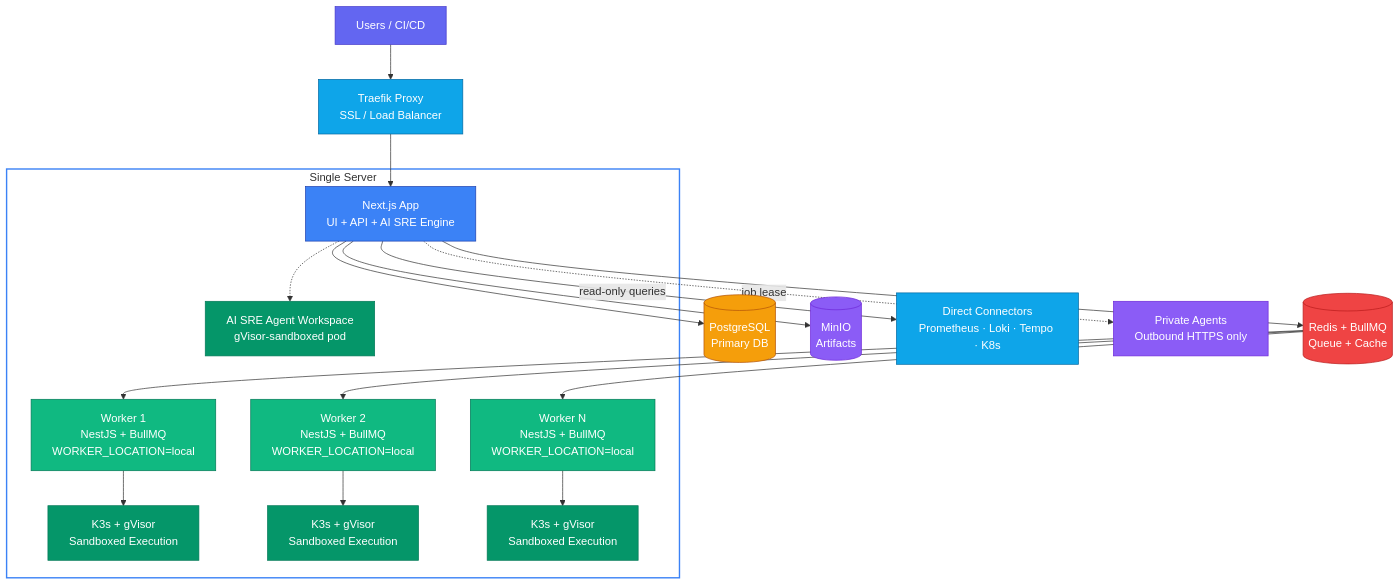
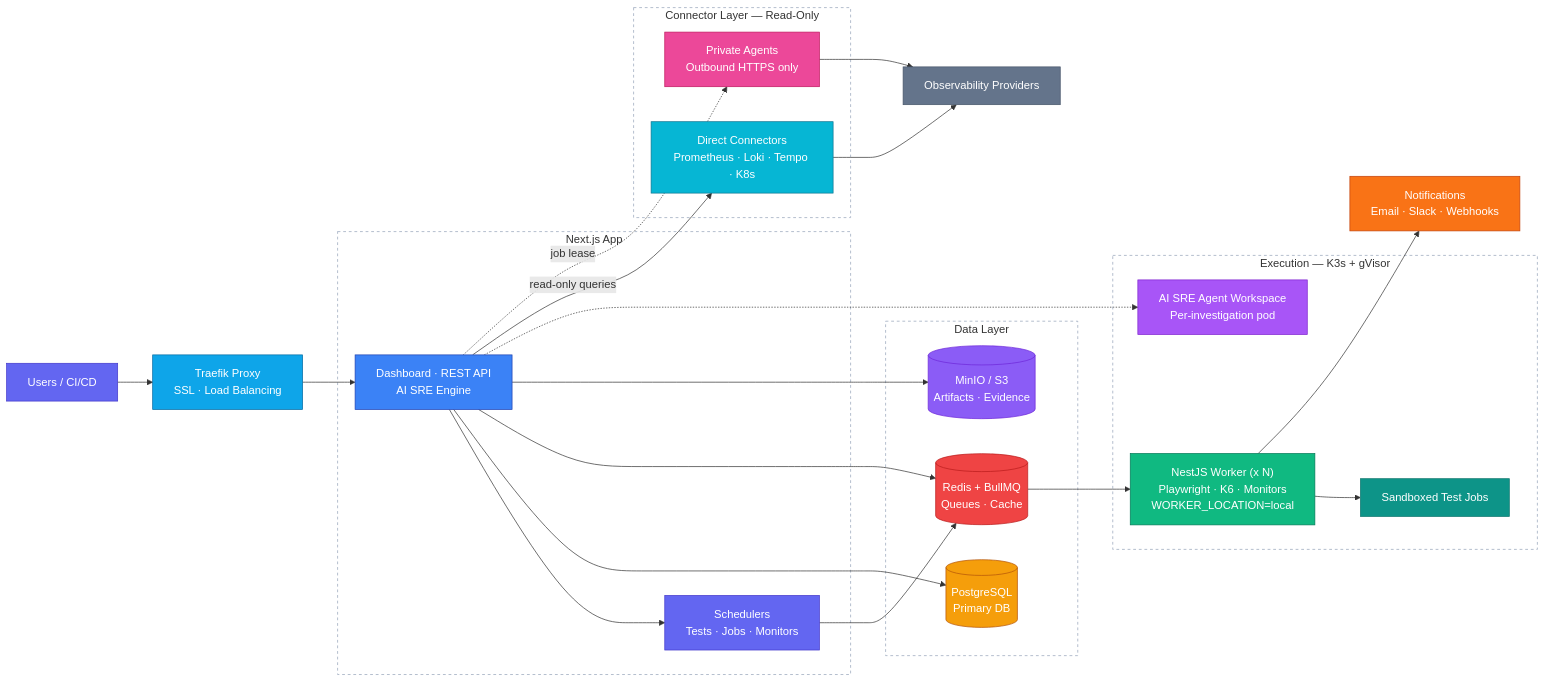
The diagram in docs/content/docs/app/deployment/self-hosted.mdx (supercheck-io/supercheck), drawn with Mermaid before and after one commit. The commit also changed 14 other files, not shown here.

First line of the commit message:
docs: reorganize architecture diagram and add color to sequence diagrams

````diff
--- a/docs/content/docs/app/deployment/self-hosted.mdx
+++ b/docs/content/docs/app/deployment/self-hosted.mdx
@@ -11,36 +11,63 @@
 ```mermaid
-flowchart TB
-    Users[Users / CI/CD] --> T[Traefik Proxy<br/>SSL / Load Balancer]
-    T --> App[Next.js App<br/>UI + API + AI SRE Engine]
-    App --> DB[(PostgreSQL<br/>Primary DB)] & Redis[(Redis + BullMQ<br/>Queue + Cache)] & S3[(MinIO<br/>Artifacts)]
-    App -->|read-only queries| Direct[Direct Connectors<br/>Prometheus · Loki · Tempo · K8s]
-    App -.->|job lease| Private[Private Agents<br/>Outbound HTTPS only]
+flowchart LR
+    Users["Users / CI/CD"] --> Traefik["Traefik Proxy<br/>SSL · Load Balancing"]
 
-    Redis --> W1
-    Redis --> W2
-    Redis --> WN
-
-    subgraph SERVER["Single Server"]
-        W1[Worker 1<br/>NestJS + BullMQ<br/>WORKER_LOCATION=local] --> K3S_1[K3s + gVisor<br/>Sandboxed Execution]
-        W2[Worker 2<br/>NestJS + BullMQ<br/>WORKER_LOCATION=local] --> K3S_2[K3s + gVisor<br/>Sandboxed Execution]
-        WN[Worker N<br/>NestJS + BullMQ<br/>WORKER_LOCATION=local] --> K3S_N[K3s + gVisor<br/>Sandboxed Execution]
-        App -.-> SRE_WS[AI SRE Agent Workspace<br/>gVisor-sandboxed pod]
+    subgraph APP["Next.js App"]
+        Dashboard["Dashboard · REST API<br/>AI SRE Engine"]
+        Scheduler["Schedulers<br/>Tests · Jobs · Monitors"]
     end
 
+    subgraph DATA["Data Layer"]
+        Postgres[("PostgreSQL<br/>Primary DB")]
+        Redis[("Redis + BullMQ<br/>Queues · Cache")]
+        Storage[("MinIO / S3<br/>Artifacts · Evidence")]
+    end
+
+    subgraph EXEC["Execution — K3s + gVisor"]
+        Worker["NestJS Worker (x N)<br/>Playwright · K6 · Monitors<br/>WORKER_LOCATION=local"]
+        TestJobs["Sandboxed Test Jobs"]
+        AgentWS["AI SRE Agent Workspace<br/>Per-investigation pod"]
+    end
+
+    subgraph CONN["Connector Layer — Read-Only"]
+        Direct["Direct Connectors<br/>Prometheus · Loki · Tempo · K8s"]
+        Private["Private Agents<br/>Outbound HTTPS only"]
+    end
+
+    Providers["Observability Providers"]
+    Notify["Notifications<br/>Email · Slack · Webhooks"]
+
+    Traefik --> Dashboard
+    Dashboard --> Scheduler
+    Dashboard --> Postgres
+    Dashboard --> Redis
+    Dashboard --> Storage
+    Scheduler --> Redis
+    Redis --> Worker
+    Worker --> TestJobs
+    Dashboard -.-> AgentWS
+    Dashboard -->|read-only queries| Direct
+    Dashboard -.->|job lease| Private
+    Direct --> Providers
+    Private --> Providers
+    Worker --> Notify
+
     style Users fill:#6366f1,stroke:#4338ca,color:#fff
-    style T fill:#0ea5e9,stroke:#0369a1,color:#fff
-    style App fill:#3b82f6,stroke:#1e40af,color:#fff
-    style DB fill:#f59e0b,stroke:#b45309,color:#fff
+    style Traefik fill:#0ea5e9,stroke:#0369a1,color:#fff
+    style Dashboard fill:#3b82f6,stroke:#1e40af,color:#fff
+    style Scheduler fill:#6366f1,stroke:#4338ca,color:#fff
+    style Postgres fill:#f59e0b,stroke:#b45309,color:#fff
     style Redis fill:#ef4444,stroke:#b91c1c,color:#fff
-    style S3 fill:#8b5cf6,stroke:#6d28d9,color:#fff
-    style W1 fill:#10b981,stroke:#047857,color:#fff
-    style W2 fill:#10b981,stroke:#047857,color:#fff
-    style WN fill:#10b981,stroke:#047857,color:#fff
-    style K3S_1 fill:#059669,stroke:#047857,color:#fff
-    style K3S_2 fill:#059669,stroke:#047857,color:#fff
-    style K3S_N fill:#059669,stroke:#047857,color:#fff
-    style Direct fill:#0ea5e9,stroke:#0369a1,color:#fff
-    style Private fill:#8b5cf6,stroke:#6d28d9,color:#fff
-    style SRE_WS fill:#059669,stroke:#047857,color:#fff
-    style SERVER fill:none,stroke:#3b82f6,stroke-width:2px
+    style Storage fill:#8b5cf6,stroke:#6d28d9,color:#fff
+    style Worker fill:#10b981,stroke:#047857,color:#fff
+    style TestJobs fill:#0d9488,stroke:#0f766e,color:#fff
+    style AgentWS fill:#a855f7,stroke:#7e22ce,color:#fff
+    style Direct fill:#06b6d4,stroke:#0e7490,color:#fff
+    style Private fill:#ec4899,stroke:#be185d,color:#fff
+    style Providers fill:#64748b,stroke:#475569,color:#fff
+    style Notify fill:#f97316,stroke:#c2410c,color:#fff
+    style APP fill:none,stroke:#94a3b8,stroke-dasharray: 4 4
+    style DATA fill:none,stroke:#94a3b8,stroke-dasharray: 4 4
+    style EXEC fill:none,stroke:#94a3b8,stroke-dasharray: 4 4
+    style CONN fill:none,stroke:#94a3b8,stroke-dasharray: 4 4
 ```
````
